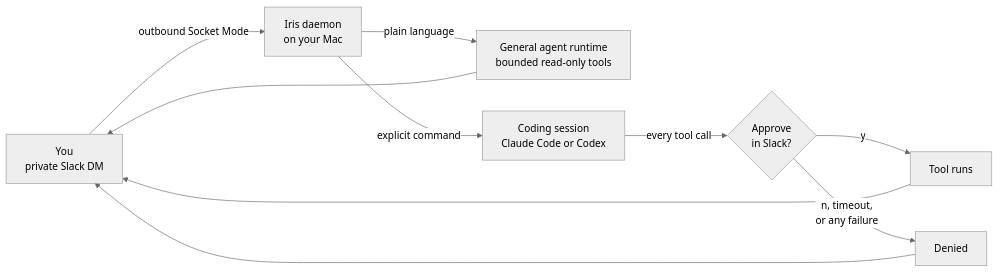
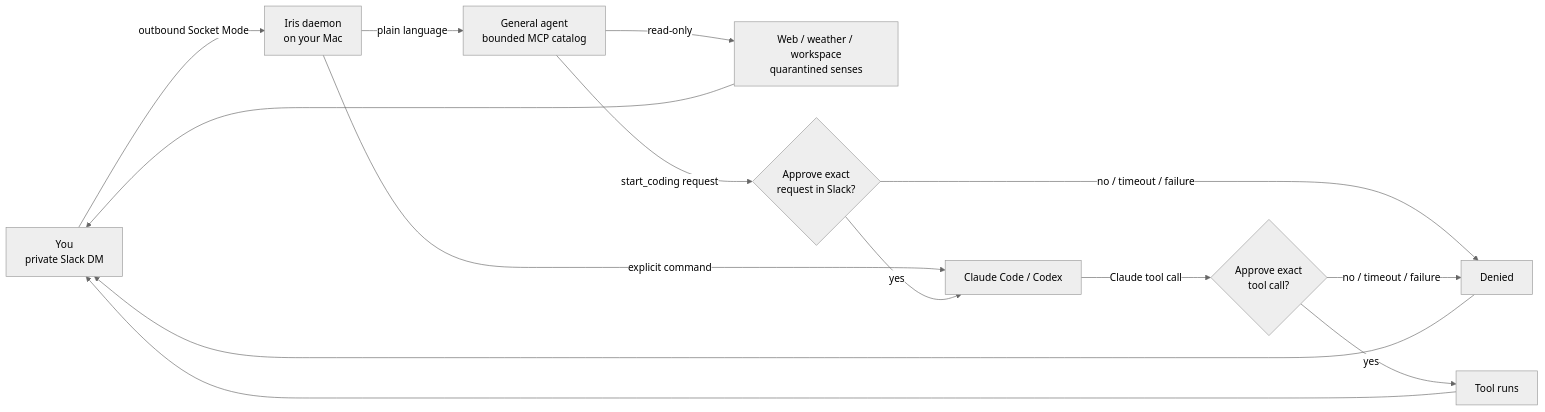
One commit to randyren278/iris changed the diagram in README.md. Above: the diagram before and after it, drawn with Mermaid (neutral theme). The commit also changed other lines of this file, not shown here.

````diff
--- a/README.md
+++ b/README.md
@@ -43,12 +45,16 @@
 ```mermaid
 flowchart LR
     you["You<br/>private Slack DM"] -- "outbound Socket Mode" --> iris["Iris daemon<br/>on your Mac"]
-    iris -- "plain language" --> talk["General agent runtime<br/>bounded read-only tools"]
-    iris -- "explicit command" --> code["Coding session<br/>Claude Code or Codex"]
-    code -- "every tool call" --> gate{"Approve<br/>in Slack?"}
-    gate -- "y" --> run["Tool runs"]
-    gate -- "n, timeout,<br/>or any failure" --> deny["Denied"]
-    talk --> you
+    iris -- "plain language" --> agent["General agent<br/>bounded MCP catalog"]
+    agent -- "read-only" --> reads["Web / weather / workspace<br/>quarantined senses"]
+    agent -- "start_coding request" --> actionGate{"Approve exact<br/>request in Slack?"}
+    iris -- "explicit command" --> code["Claude Code / Codex"]
+    actionGate -- "yes" --> code
+    actionGate -- "no / timeout / failure" --> deny["Denied"]
+    code -- "Claude tool call" --> toolGate{"Approve exact<br/>tool call?"}
+    toolGate -- "yes" --> run["Tool runs"]
+    toolGate -- "no / timeout / failure" --> deny
+    reads --> you
     run --> you
     deny --> you
 ```
````
